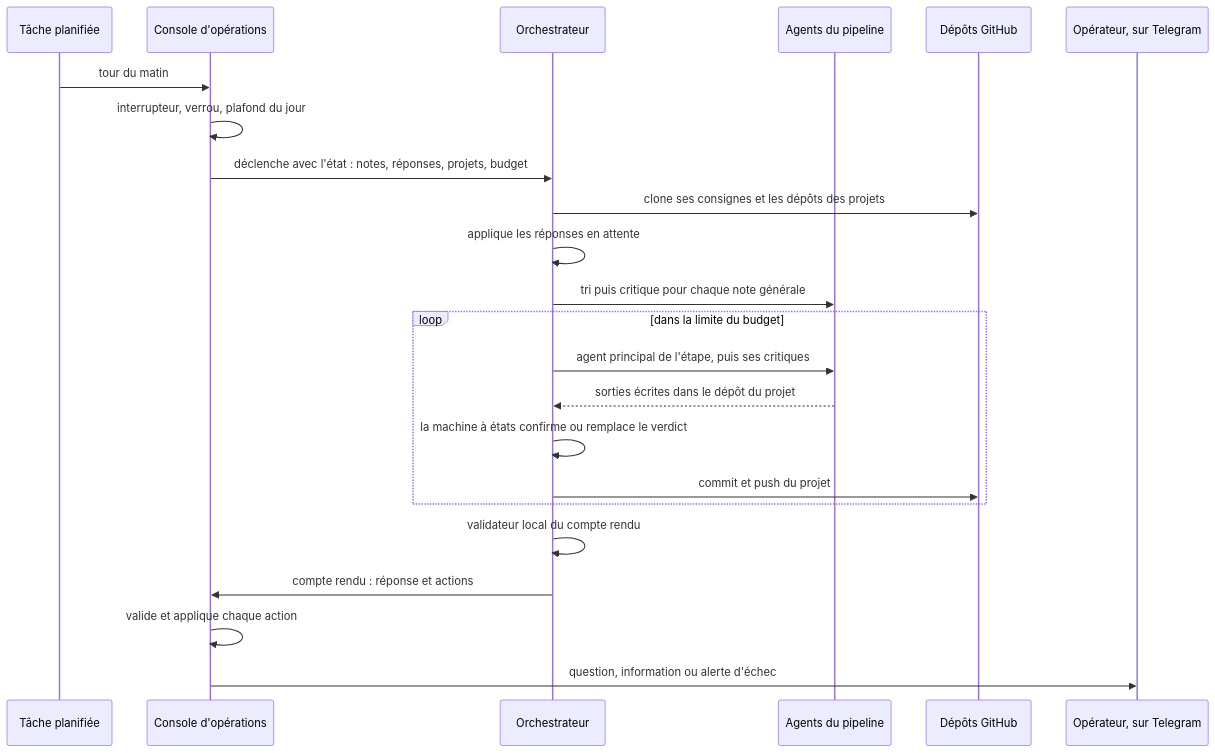
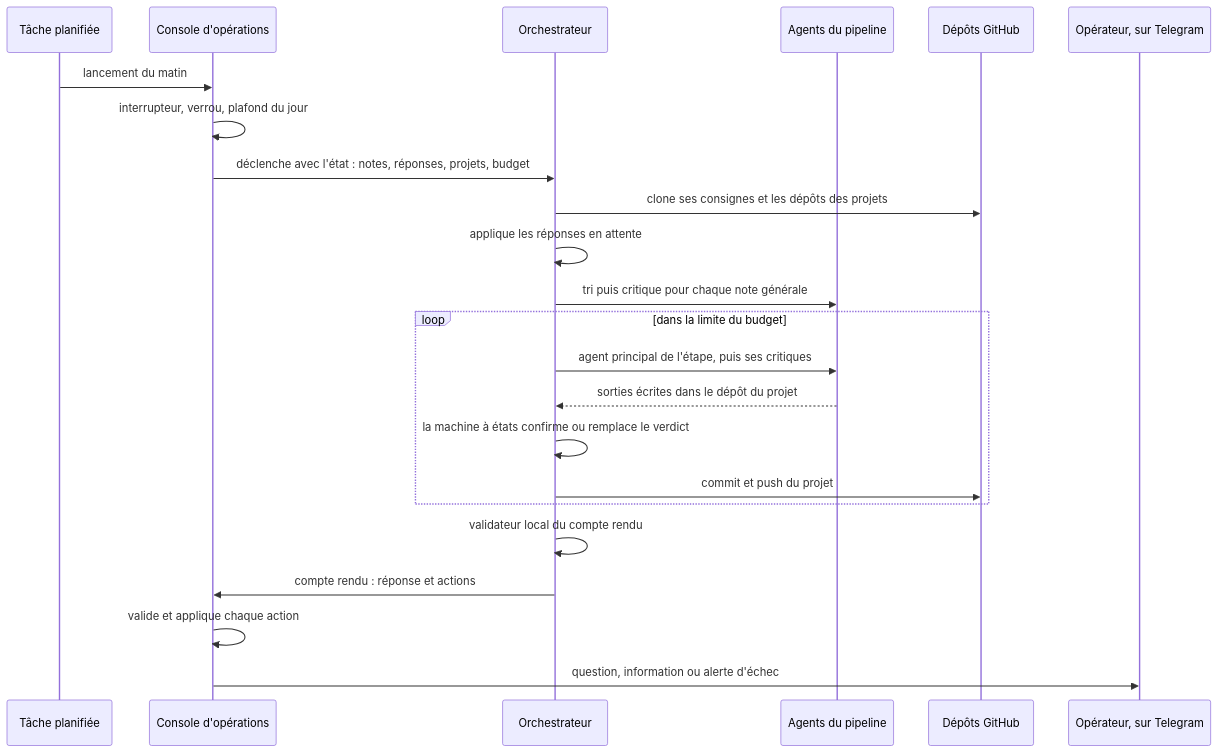
One commit to mathieurecatala/systeme-agents-ia changed the first of 3 diagrams in docs/orchestrateur-et-pipeline.md. Above: the diagram before and after it, drawn with Mermaid. The commit also changed other lines of this file and 4 other files, not shown here.

````diff
--- a/docs/orchestrateur-et-pipeline.md
+++ b/docs/orchestrateur-et-pipeline.md
@@ -54,26 +54,26 @@
 ```mermaid
 sequenceDiagram
     participant T as Tâche planifiée
     participant S as Console d'opérations
     participant O as Orchestrateur
     participant A as Agents du pipeline
     participant G as Dépôts GitHub
     participant M as Opérateur, sur Telegram
 
-    T->>S: tour du matin
+    T->>S: lancement du matin
     S->>S: interrupteur, verrou, plafond du jour
     S->>O: déclenche avec l'état : notes, réponses, projets, budget
     O->>G: clone ses consignes et les dépôts des projets
     O->>O: applique les réponses en attente
     O->>A: tri puis critique pour chaque note générale
     loop dans la limite du budget
         O->>A: agent principal de l'étape, puis ses critiques
         A-->>O: sorties écrites dans le dépôt du projet
         O->>O: la machine à états confirme ou remplace le verdict
         O->>G: commit et push du projet
     end
     O->>O: validateur local du compte rendu
     O->>S: compte rendu : réponse et actions
     S->>S: valide et applique chaque action
     S->>M: question, information ou alerte d'échec
 ```
````
